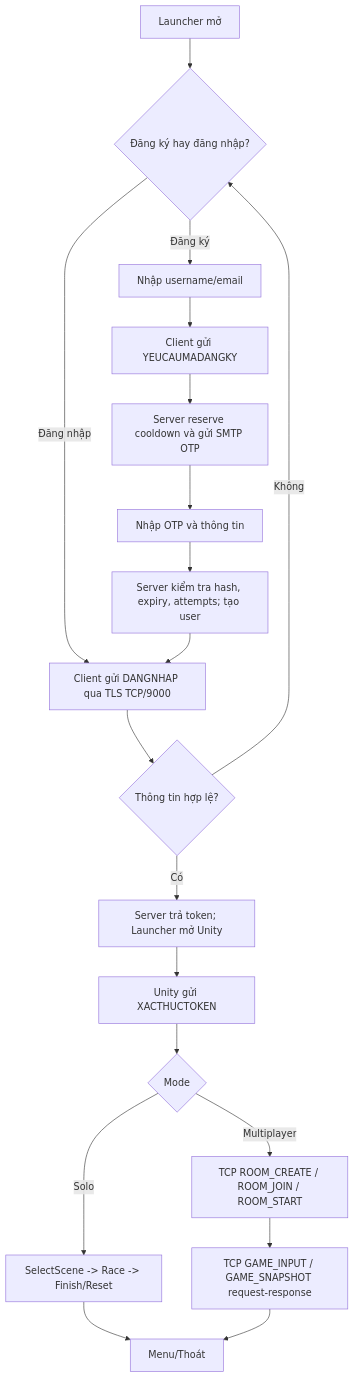
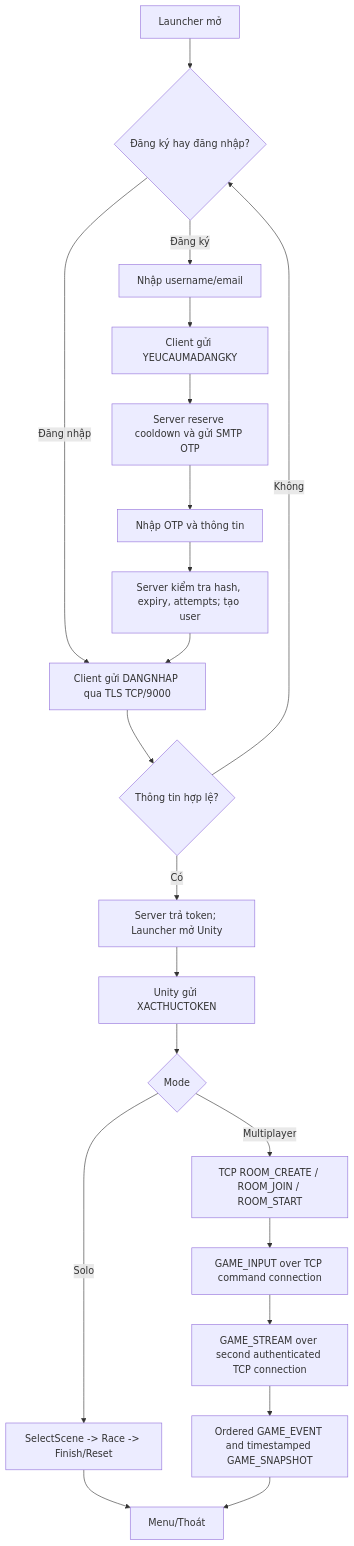
Before and after one commit to thanhnhi8769-ctrl/DanToPhong: the first of 2 diagrams in BAO_CAO_TRIEN_KHAI_VA_KIEM_THU.md, drawn with Mermaid. The commit also changed other lines of this file and 20 other files, not shown here.

````diff
--- a/BAO_CAO_TRIEN_KHAI_VA_KIEM_THU.md
+++ b/BAO_CAO_TRIEN_KHAI_VA_KIEM_THU.md
@@ -315,21 +349,23 @@
 ```mermaid
 flowchart TD
     A[Launcher mở] --> B{Đăng ký hay đăng nhập?}
     B -->|Đăng ký| C[Nhập username/email]
     C --> D[Client gửi YEUCAUMADANGKY]
     D --> E[Server reserve cooldown và gửi SMTP OTP]
     E --> F[Nhập OTP và thông tin]
     F --> G[Server kiểm tra hash, expiry, attempts; tạo user]
     B -->|Đăng nhập| H[Client gửi DANGNHAP qua TLS TCP/9000]
     G --> H
     H --> I{Thông tin hợp lệ?}
     I -->|Không| B
     I -->|Có| J[Server trả token; Launcher mở Unity]
     J --> K[Unity gửi XACTHUCTOKEN]
     K --> L{Mode}
     L -->|Solo| M[SelectScene -> Race -> Finish/Reset]
     L -->|Multiplayer| N[TCP ROOM_CREATE / ROOM_JOIN / ROOM_START]
-    N --> O[TCP GAME_INPUT / GAME_SNAPSHOT request-response]
-    M --> P[Menu/Thoát]
-    O --> P
+    N --> O[GAME_INPUT over TCP command connection]
+    O --> P[GAME_STREAM over second authenticated TCP connection]
+    P --> Q[Ordered GAME_EVENT and timestamped GAME_SNAPSHOT]
+    M --> R[Menu/Thoát]
+    Q --> R
 ```
````
